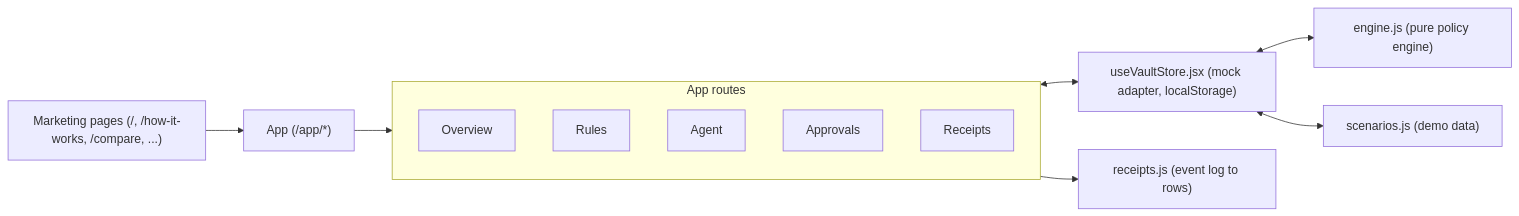
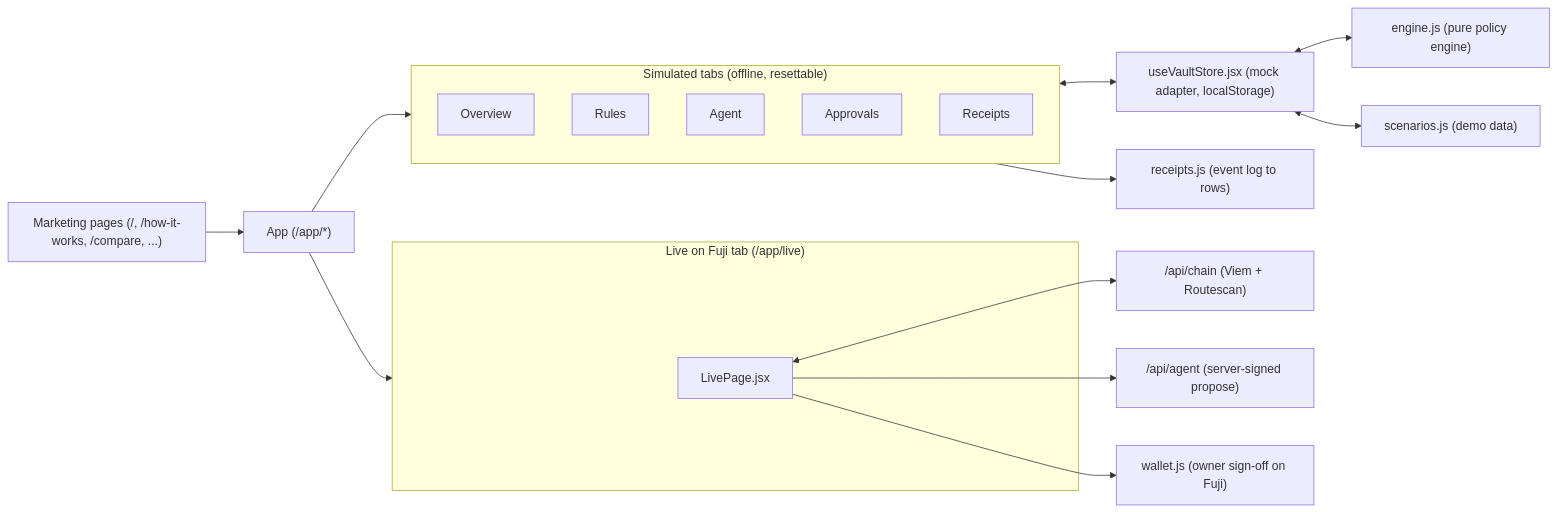
One commit to agehcx/utopia-hackathon changed the second of 2 diagrams in memory-bank/systemPatterns.md. Above: the diagram before and after it, drawn with Mermaid. The commit also changed other lines of this file and 16 other files, not shown here.

````diff
--- a/memory-bank/systemPatterns.md
+++ b/memory-bank/systemPatterns.md
@@ -132,12 +132,19 @@
 ```mermaid
 flowchart LR
     Marketing["Marketing pages (/, /how-it-works, /compare, ...)"] --> App["App (/app/*)"]
-    subgraph AppRoutes["App routes"]
+    subgraph SimRoutes["Simulated tabs (offline, resettable)"]
         Overview & Rules & Agent & Approvals & Receipts
     end
-    App --> AppRoutes
-    AppRoutes <--> Store["useVaultStore.jsx (mock adapter, localStorage)"]
+    subgraph LiveRoute["Live on Fuji tab (/app/live)"]
+        LivePage["LivePage.jsx"]
+    end
+    App --> SimRoutes
+    App --> LiveRoute
+    SimRoutes <--> Store["useVaultStore.jsx (mock adapter, localStorage)"]
     Store <--> Engine["engine.js (pure policy engine)"]
     Store <--> Scenarios["scenarios.js (demo data)"]
-    AppRoutes --> ReceiptsLib["receipts.js (event log to rows)"]
+    SimRoutes --> ReceiptsLib["receipts.js (event log to rows)"]
+    LivePage <--> ChainAPI["/api/chain (Viem + Routescan)"]
+    LivePage --> AgentAPI["/api/agent (server-signed propose)"]
+    LivePage --> BrowserWallet["wallet.js (owner sign-off on Fuji)"]
 ```
````
